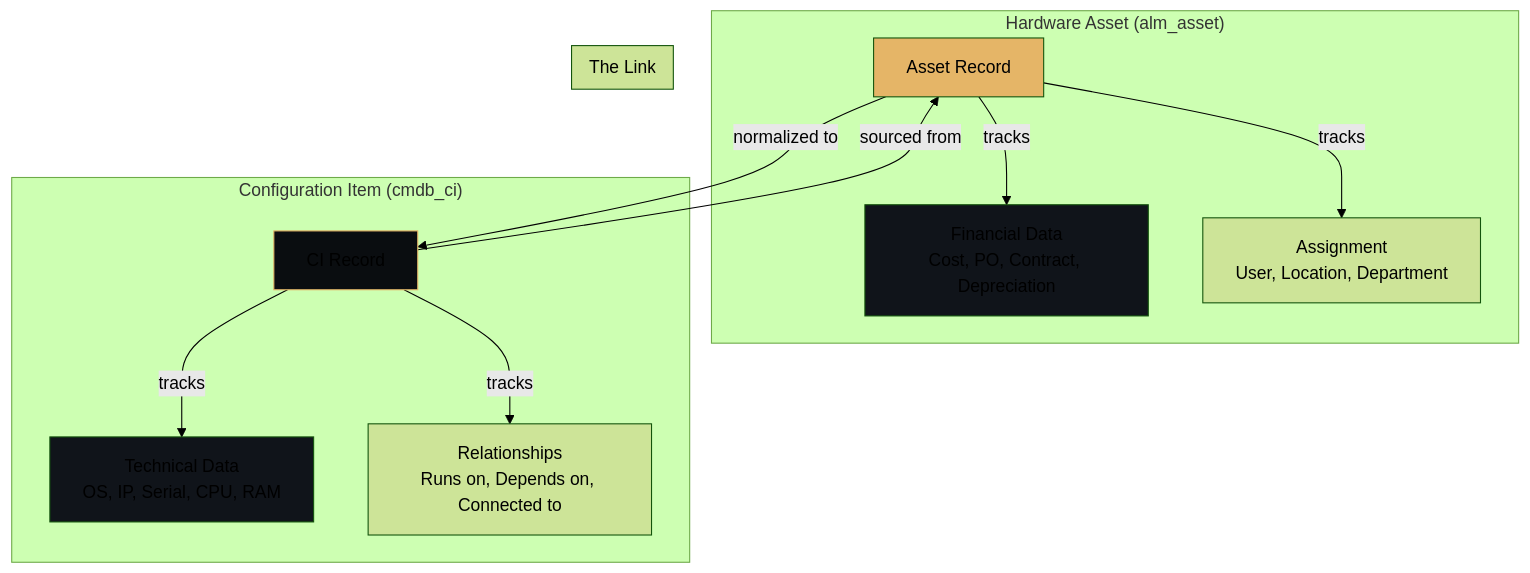
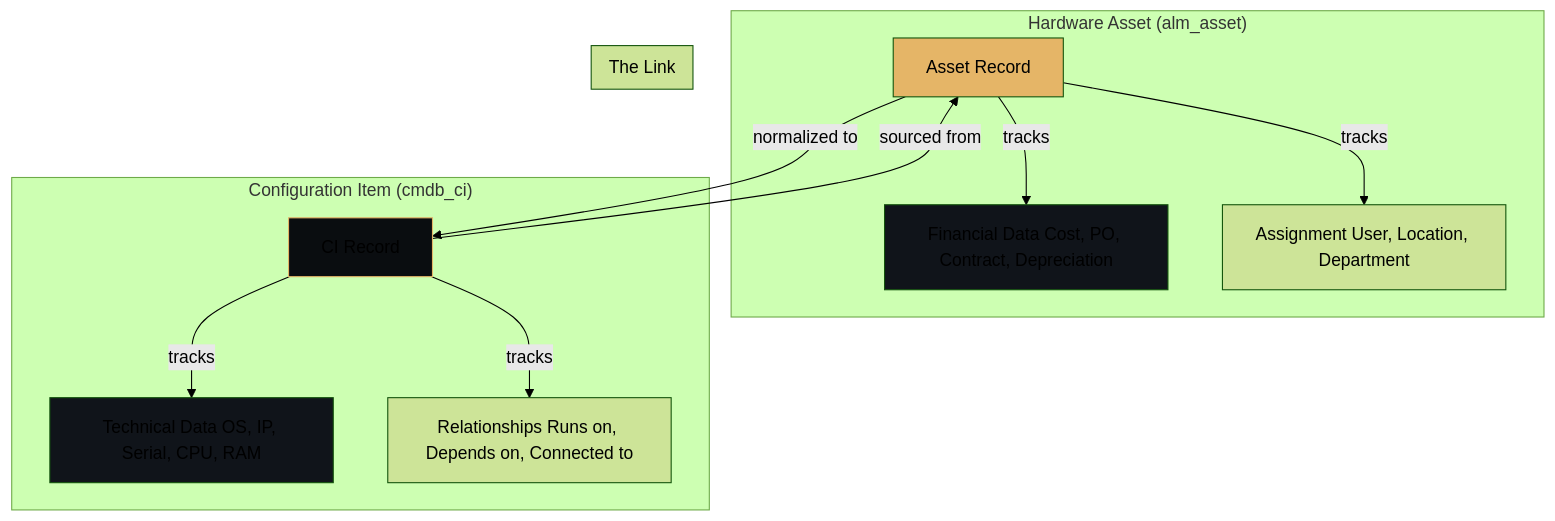
One commit to eltonaguiar/ServiceNow_Learning_TSOM-_CSM_FSM_SalesCRM_HAM_ITSM changed the second of 7 diagrams in docs/modules/ham/ham-guide.md. Above: the diagram before and after it, drawn with Mermaid (forest theme). The commit also changed other lines of this file and 11 other files, not shown here.

First line of the commit message:
Fix all mermaid diagrams: remove br/ tags that break rendering on GitHub Pages

````diff
--- a/docs/modules/ham/ham-guide.md
+++ b/docs/modules/ham/ham-guide.md
@@ -129,25 +129,25 @@
 ```mermaid
 graph TD
     subgraph "Hardware Asset (alm_asset)"
         asset[Asset Record]
-        asset -->|tracks| financial[Financial Data<br/>Cost, PO, Contract, Depreciation]
-        asset -->|tracks| assignment[Assignment<br/>User, Location, Department]
+        asset -->|tracks| financial[Financial Data Cost, PO, Contract, Depreciation]
+        asset -->|tracks| assignment[Assignment User, Location, Department]
     end
     
     subgraph "Configuration Item (cmdb_ci)"
         ci[CI Record]
-        ci -->|tracks| technical[Technical Data<br/>OS, IP, Serial, CPU, RAM]
-        ci -->|tracks| relationships[Relationships<br/>Runs on, Depends on, Connected to]
+        ci -->|tracks| technical[Technical Data OS, IP, Serial, CPU, RAM]
+        ci -->|tracks| relationships[Relationships Runs on, Depends on, Connected to]
     end
     
     subgraph "The Link"
         asset -->|normalized to| ci
         ci -->|sourced from| asset
     end
 
     style asset fill:#e5b567,color:#000
     style ci fill:#0a0d10,stroke:#e5b567
     style financial fill:#10141a
     style technical fill:#10141a
 
 ```
````
